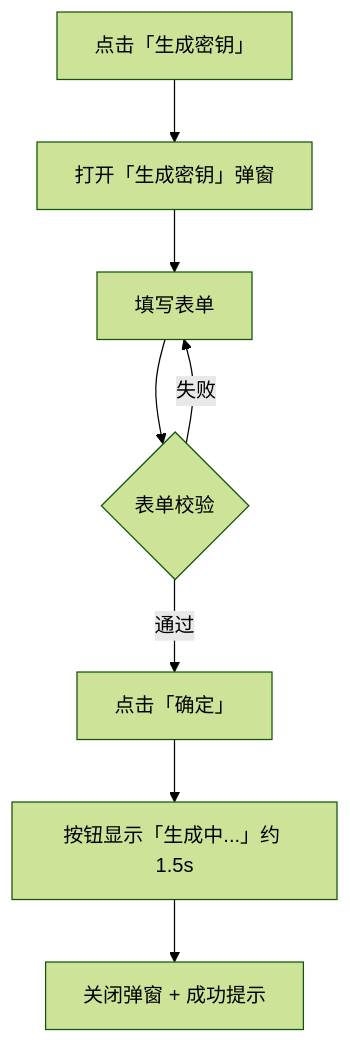
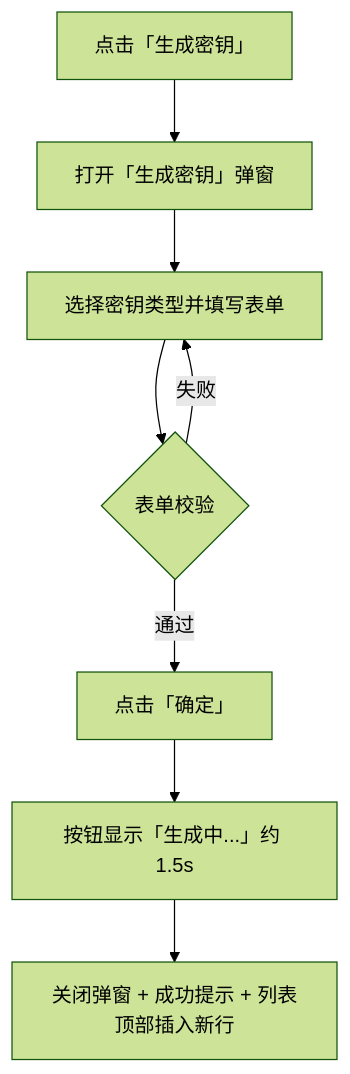
Before and after one commit to Clair-Lin/svs18: the second of 6 diagrams in docs/密钥管理-用户操作流程.md, drawn with Mermaid (forest theme). The commit also changed other lines of this file and 4 other files, not shown here.

````diff
--- a/docs/密钥管理-用户操作流程.md
+++ b/docs/密钥管理-用户操作流程.md
@@ -95,10 +106,10 @@
 ```mermaid
 flowchart TD
   A[点击「生成密钥」] --> B[打开「生成密钥」弹窗]
-  B --> C[填写表单]
+  B --> C[选择密钥类型并填写表单]
   C --> D{表单校验}
   D -->|失败| C
   D -->|通过| E[点击「确定」]
   E --> F[按钮显示「生成中...」约 1.5s]
-  F --> G[关闭弹窗 + 成功提示]
+  F --> G[关闭弹窗 + 成功提示 + 列表顶部插入新行]
 ```
````
